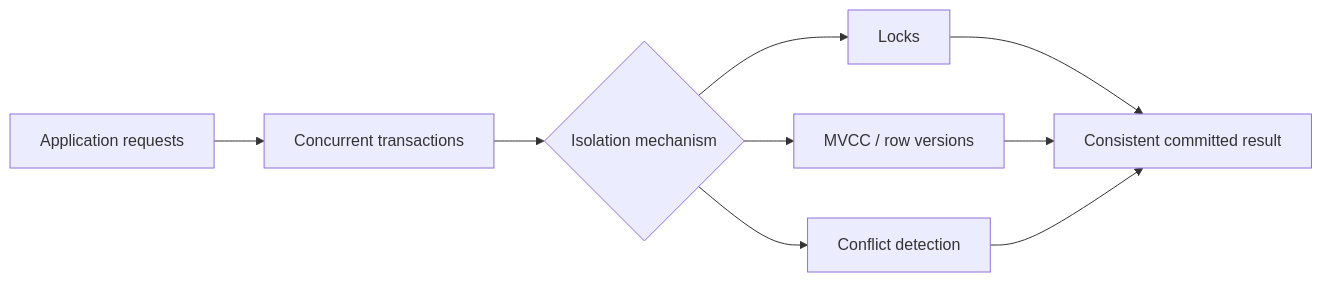
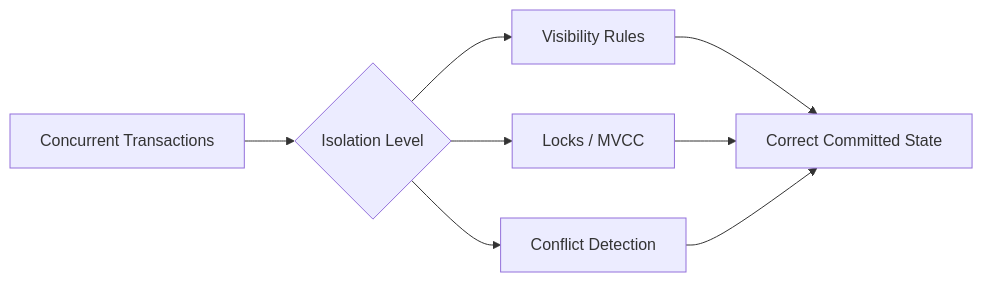
One commit to AvadhBhalodiya/Interview-Preparation changed the first of 3 diagrams in src/content/databases/transaction-isolation-levels.md. Above: the diagram before and after it, drawn with Mermaid. The commit also changed other lines of this file and 80 other files, not shown here.

````diff
--- a/src/content/databases/transaction-isolation-levels.md
+++ b/src/content/databases/transaction-isolation-levels.md
@@ -82,11 +20,10 @@
 ```mermaid
 flowchart LR
-    A[Application requests] --> B[Concurrent transactions]
-    B --> C{Isolation mechanism}
-    C --> D[Locks]
-    C --> E[MVCC / row versions]
-    C --> F[Conflict detection]
-    D --> G[Consistent committed result]
-    E --> G
-    F --> G
+    A[Concurrent Transactions] --> B{Isolation Level}
+    B --> C[Visibility Rules]
+    B --> D[Locks / MVCC]
+    B --> E[Conflict Detection]
+    C --> F[Correct Committed State]
+    D --> F
+    E --> F
 ```
````
